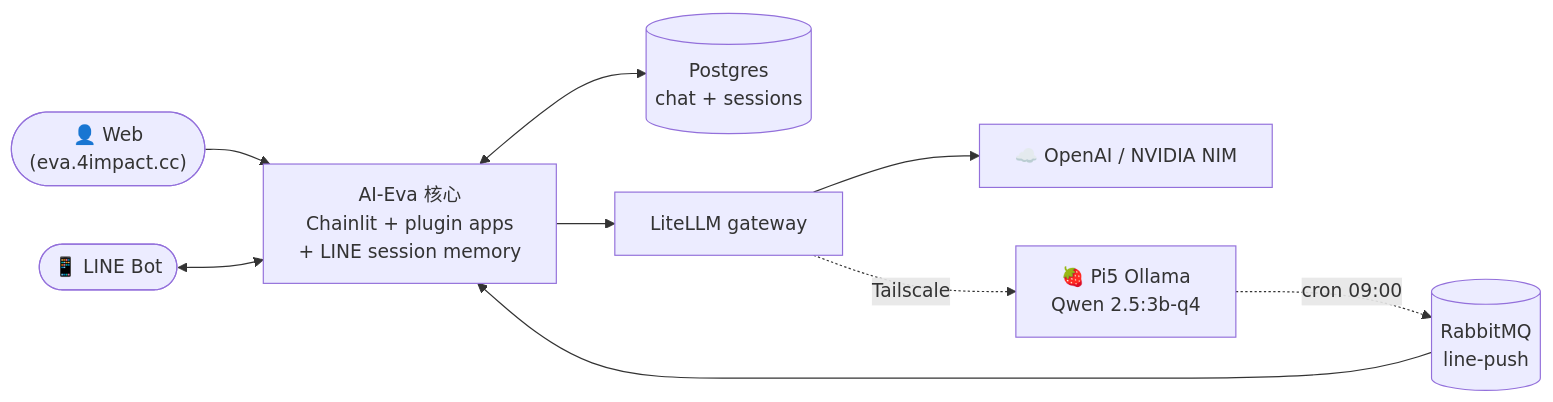
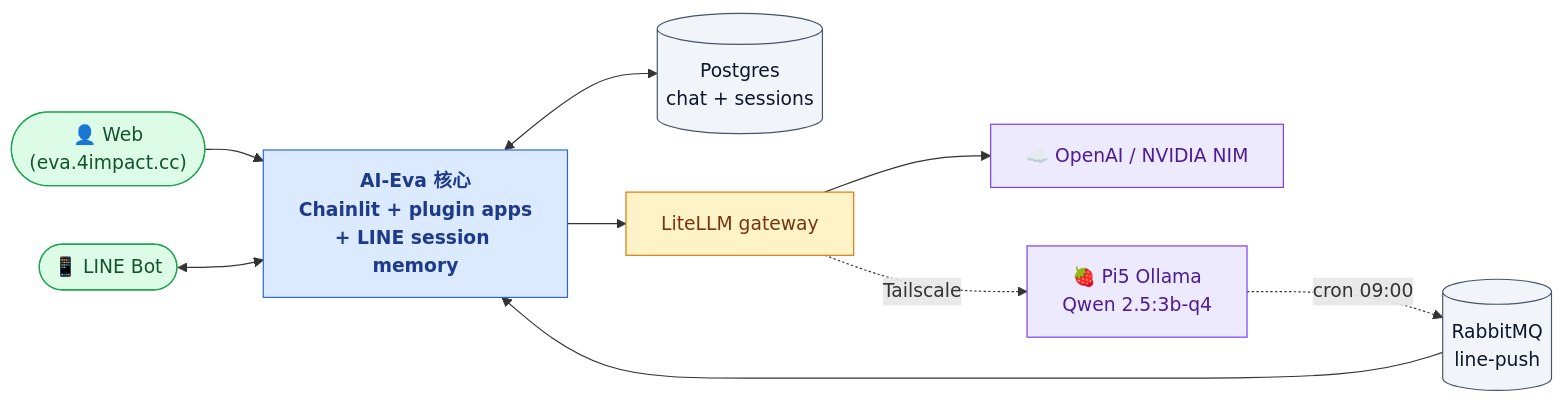
Before and after one commit to towNingtek/ai-eva: the diagram in README.md, drawn with Mermaid.

Commit message:
docs: 系統架構圖節點上色 — 分 5 類 classDef
GitHub mermaid 在 dark mode 全透明底看不清，加 classDef 給節點
明確 fill color、無論 light/dark 都讀得清：

- src  使用者入口 (Web / LINE)   — 綠
- core AI-Eva 核心                — 藍（主角）
- gw   LiteLLM gateway            — 橘
- ext  外部 LLM (Cloud / Pi5)     — 紫
- data 資料 (PG / RMQ)            — 灰

````diff
--- a/README.md
+++ b/README.md
@@ -13,15 +13,21 @@
 ```mermaid
 flowchart LR
-    Web(["👤 Web<br/>(eva.4impact.cc)"]) --> Eva
-    LINE(["📱 LINE Bot"]) <--> Eva
+    Web(["👤 Web<br/>(eva.4impact.cc)"]):::src --> Eva
+    LINE(["📱 LINE Bot"]):::src <--> Eva
 
-    Eva["AI-Eva 核心<br/>Chainlit + plugin apps<br/>+ LINE session memory"]
-    Eva <--> PG[("Postgres<br/>chat + sessions")]
-    Eva --> LiteLLM["LiteLLM gateway"]
+    Eva["AI-Eva 核心<br/>Chainlit + plugin apps<br/>+ LINE session memory"]:::core
+    Eva <--> PG[("Postgres<br/>chat + sessions")]:::data
+    Eva --> LiteLLM["LiteLLM gateway"]:::gw
 
-    LiteLLM --> Cloud["☁️ OpenAI / NVIDIA NIM"]
-    LiteLLM -. Tailscale .-> Pi5["🍓 Pi5 Ollama<br/>Qwen 2.5:3b-q4"]
+    LiteLLM --> Cloud["☁️ OpenAI / NVIDIA NIM"]:::ext
+    LiteLLM -. Tailscale .-> Pi5["🍓 Pi5 Ollama<br/>Qwen 2.5:3b-q4"]:::ext
 
-    Pi5 -. cron 09:00 .-> RMQ[("RabbitMQ<br/>line-push")]
+    Pi5 -. cron 09:00 .-> RMQ[("RabbitMQ<br/>line-push")]:::data
     RMQ --> Eva
+
+    classDef src  fill:#dcfce7,stroke:#16a34a,color:#14532d
+    classDef core fill:#dbeafe,stroke:#2563eb,color:#1e3a8a,font-weight:bold
+    classDef gw   fill:#fef3c7,stroke:#d97706,color:#78350f
+    classDef ext  fill:#ede9fe,stroke:#7c3aed,color:#4c1d95
+    classDef data fill:#f1f5f9,stroke:#475569,color:#0f172a
 ```
````
